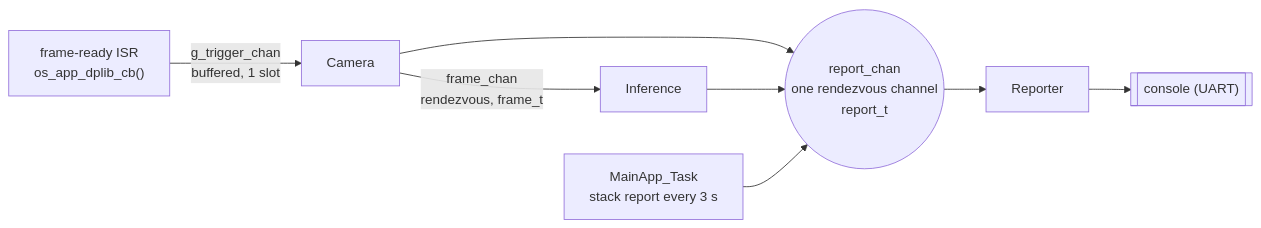
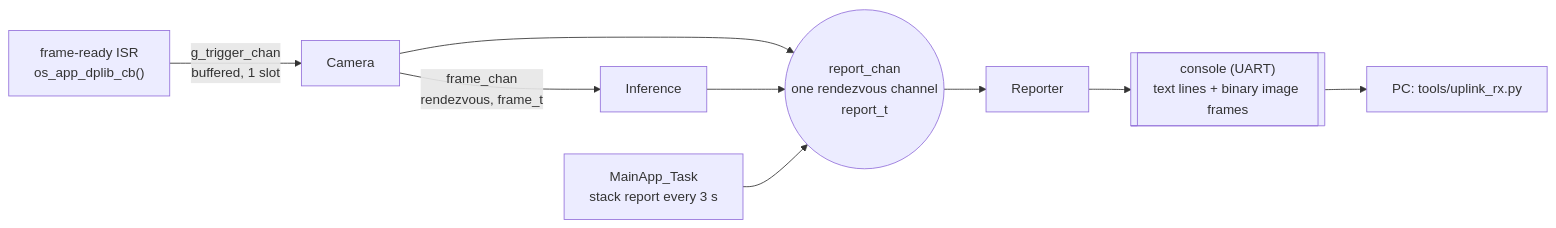
One commit to OliverFaust/HimaxWE2-CSP4CMSIS changed the diagram in EPII_CM55M_APP_S/app/scenario_app/csp4cmsis_neuropathway_image_uplink/README.md. Above: the diagram before and after it, drawn with Mermaid. The commit also changed other lines of this file and 12 other files, not shown here.

First line of the commit message:
Stage 1 passes on the board: JPEG uplink over the console UART

````diff
--- a/EPII_CM55M_APP_S/app/scenario_app/csp4cmsis_neuropathway_image_uplink/README.md
+++ b/EPII_CM55M_APP_S/app/scenario_app/csp4cmsis_neuropathway_image_uplink/README.md
@@ -22,10 +22,11 @@
 ```mermaid
 flowchart LR
     ISR["frame-ready ISR<br/>os_app_dplib_cb()"] -->|"g_trigger_chan<br/>buffered, 1 slot"| Camera
     Camera -->|"frame_chan<br/>rendezvous, frame_t"| Inference
     Camera --> report_chan
     Inference --> report_chan
     MainApp["MainApp_Task<br/>stack report every 3 s"] --> report_chan
     report_chan(("report_chan<br/>one rendezvous channel<br/>report_t")) --> Reporter
-    Reporter --> Console[["console (UART)"]]
+    Reporter --> Console[["console (UART)<br/>text lines + binary image frames"]]
+    Console --> PC["PC: tools/uplink_rx.py"]
 ```
````
